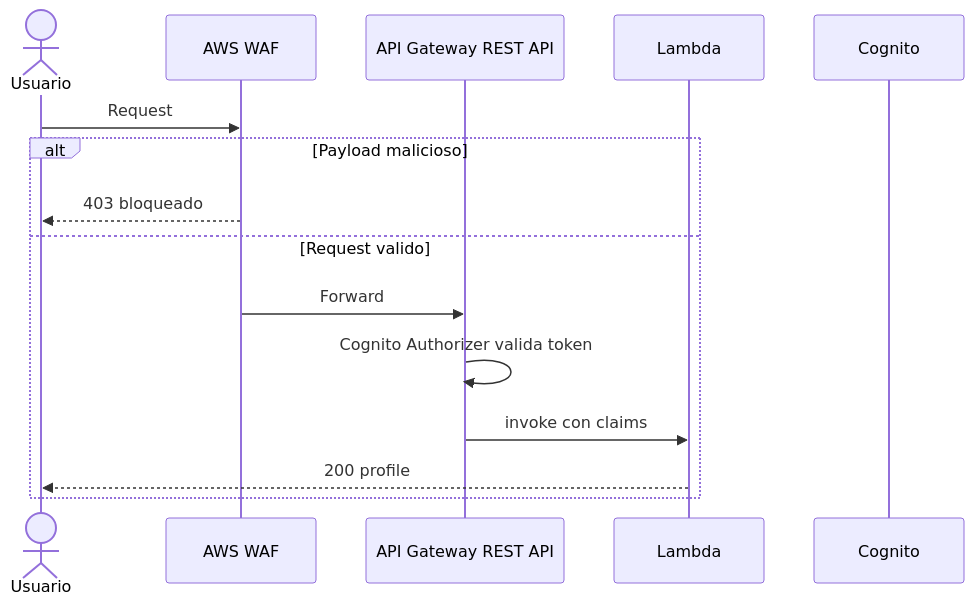
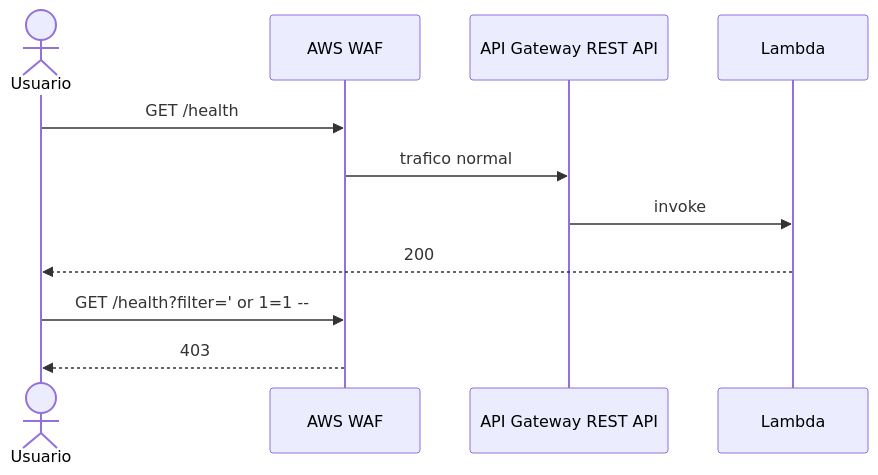
Before and after one commit to vladimiracunadev-create/proyectos-aws: the third of 3 diagrams in caso-f-security-cognito/docs/architecture.md, drawn with Mermaid. The commit also changed other lines of this file and 11 other files, not shown here.

````diff
--- a/caso-f-security-cognito/docs/architecture.md
+++ b/caso-f-security-cognito/docs/architecture.md
@@ -59,18 +63,15 @@
 ```mermaid
 sequenceDiagram
     actor U as Usuario
     participant W as AWS WAF
     participant APIGW as API Gateway REST API
     participant L as Lambda
-    participant C as Cognito
 
-    U->>W: Request
-    alt Payload malicioso
-        W-->>U: 403 bloqueado
-    else Request valido
-        W->>APIGW: Forward
-        APIGW->>APIGW: Cognito Authorizer valida token
-        APIGW->>L: invoke con claims
-        L-->>U: 200 profile
-    end
+    U->>W: GET /health
+    W->>APIGW: trafico normal
+    APIGW->>L: invoke
+    L-->>U: 200
+
+    U->>W: GET /health?filter=' or 1=1 --
+    W-->>U: 403
 ```
````
